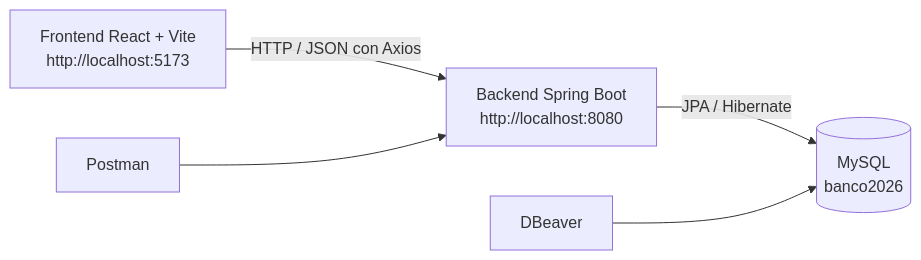
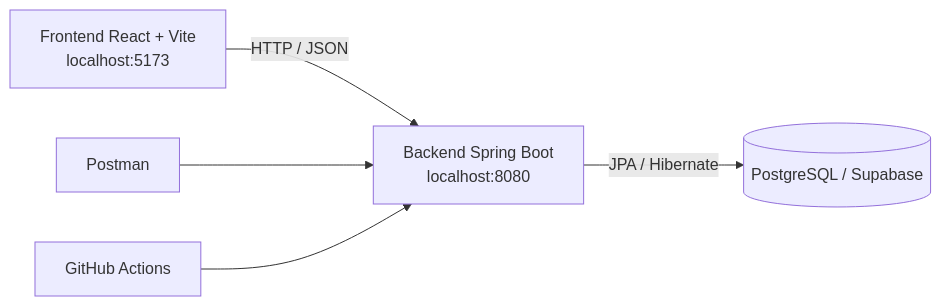
One commit to spalacioc05/lab12026p changed the diagram in README.md. Above: the diagram before and after it, drawn with Mermaid. The commit also changed other lines of this file and 2 other files, not shown here.

````diff
--- a/README.md
+++ b/README.md
@@ -53,7 +38,7 @@
 ```mermaid
 flowchart LR
-		A[Frontend React + Vite\nhttp://localhost:5173] -->|HTTP / JSON con Axios| B[Backend Spring Boot\nhttp://localhost:8080]
-		B -->|JPA / Hibernate| C[(MySQL\nbanco2026)]
-		D[Postman] --> B
-		E[DBeaver] --> C
+    A[Frontend React + Vite\nlocalhost:5173] -->|HTTP / JSON| B[Backend Spring Boot\nlocalhost:8080]
+    B -->|JPA / Hibernate| C[(PostgreSQL / Supabase)]
+    D[Postman] --> B
+    E[GitHub Actions] --> B
 ```
````
